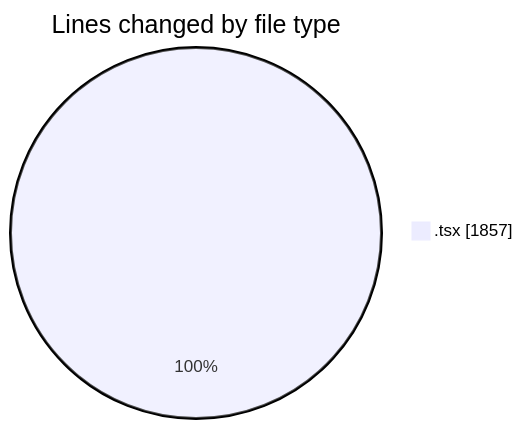
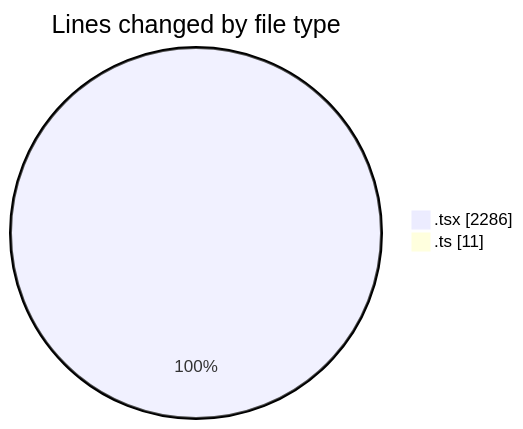
One commit to JenPaints/code-tracking changed the first of 2 diagrams in 2025-06-20/modeljsondesigner/README.md. Above: the diagram before and after it, drawn with Mermaid. The commit also changed other lines of this file and 1 other file, not shown here.

````diff
--- a/2025-06-20/modeljsondesigner/README.md
+++ b/2025-06-20/modeljsondesigner/README.md
@@ -22,5 +24,6 @@
 ```mermaid
 pie showData
 title Lines changed by file type
-".tsx" : 1857
+".tsx" : 2286
+".ts" : 11
 ```
````
